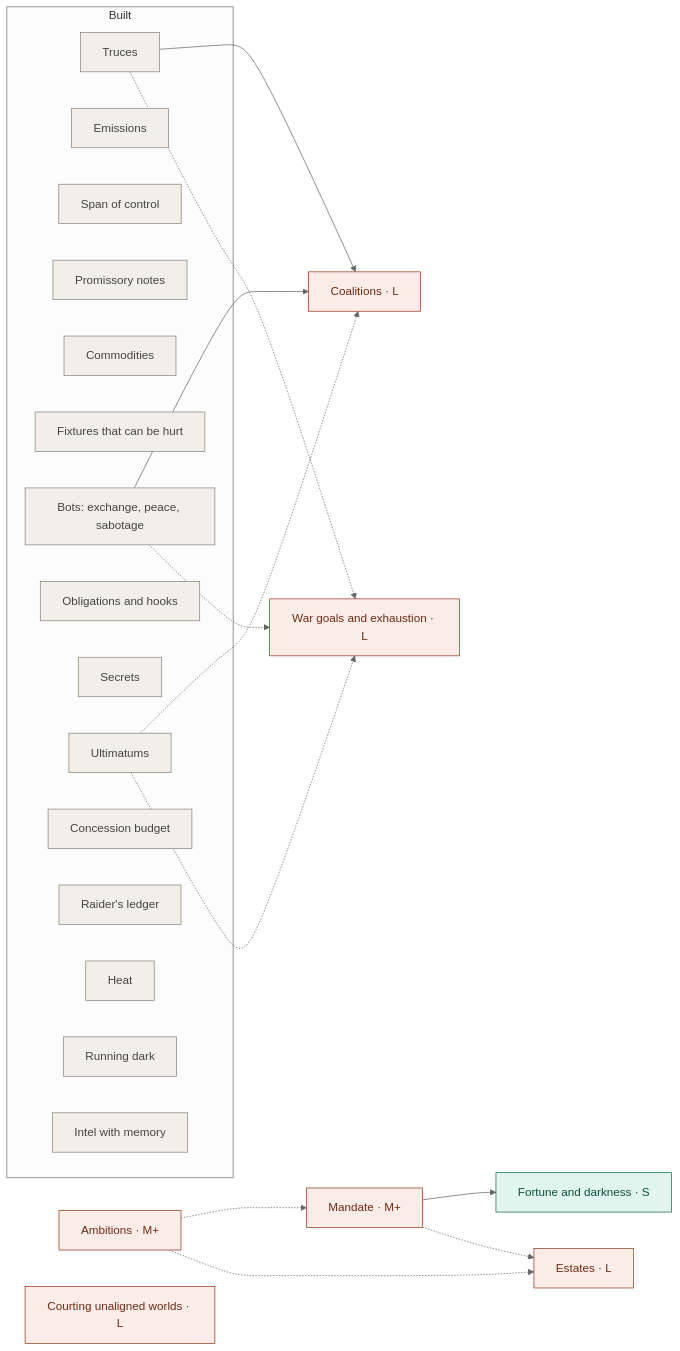
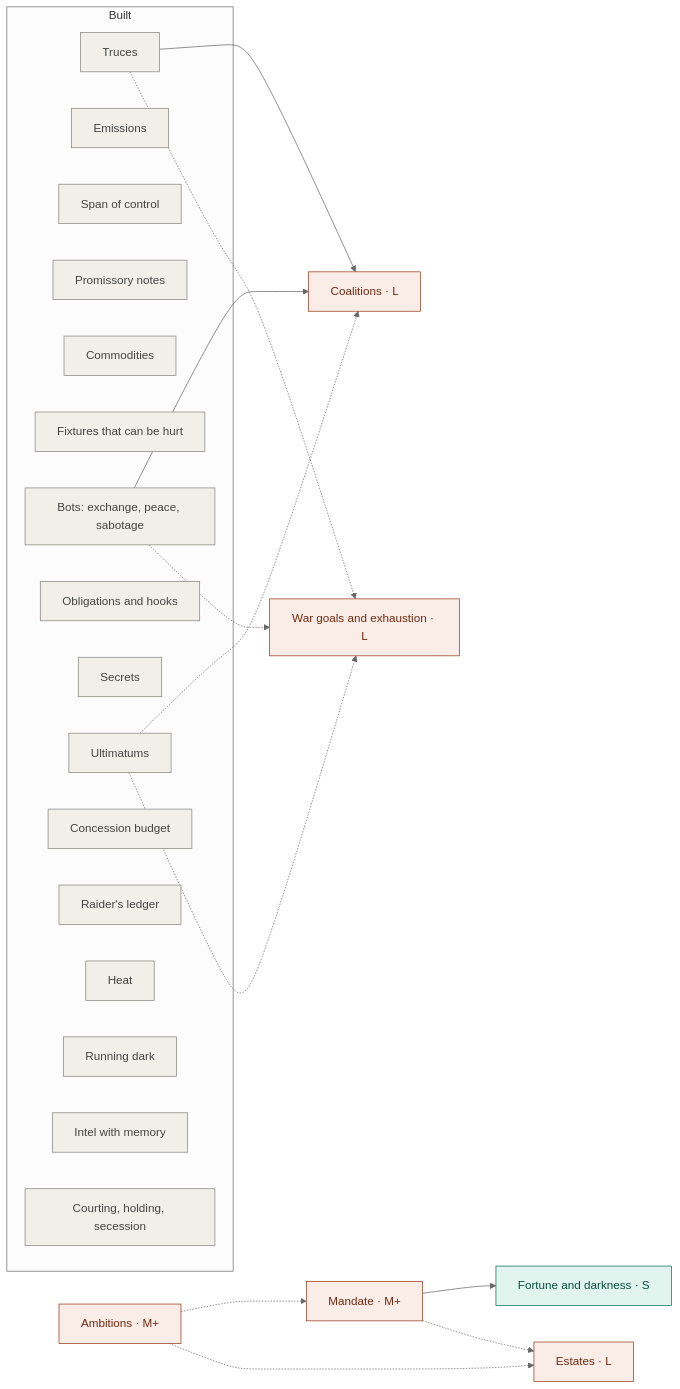
Before and after one commit to 1adityashetty1/paxgalactica: the diagram in docs/brainstorm-2026-10-02.md, drawn with Mermaid (neutral theme). The commit also changed other lines of this file and 17 other files, not shown here.

````diff
--- a/docs/brainstorm-2026-10-02.md
+++ b/docs/brainstorm-2026-10-02.md
@@ -624,35 +623,35 @@
 ```mermaid
 flowchart LR
   classDef light fill:#E1F5EE,stroke:#0F6E56,color:#085041
   classDef heavy fill:#FAECE7,stroke:#993C1D,color:#712B13
   classDef done fill:#F1EFE8,stroke:#888780,color:#444441
 
   subgraph built["Built"]
     truces["Truces"]:::done
     emissions["Emissions"]:::done
     span["Span of control"]:::done
     notes["Promissory notes"]:::done
     commodities["Commodities"]:::done
     fixtures["Fixtures that can be hurt"]:::done
     accords["Bots: exchange, peace, sabotage"]:::done
     obligations["Obligations and hooks"]:::done
     secrets["Secrets"]:::done
     ultimatums["Ultimatums"]:::done
     concession["Concession budget"]:::done
     ledger["Raider's ledger"]:::done
     heat["Heat"]:::done
     dark["Running dark"]:::done
     intel["Intel with memory"]:::done
+    courting["Courting, holding, secession"]:::done
   end
 
   truces --> coalitions["Coalitions · L"]:::heavy
   accords --> coalitions
   ultimatums -.-> coalitions
   truces -.-> wargoals["War goals and exhaustion · L"]:::heavy
   accords -.-> wargoals
   ultimatums -.-> wargoals
   ambitions["Ambitions · M+"]:::heavy -.-> mandate["Mandate · M+"]:::heavy --> fortune["Fortune and darkness · S"]:::light
   ambitions -.-> estates["Estates · L"]:::heavy
   mandate -.-> estates
-  courting["Courting unaligned worlds · L"]:::heavy
 ```
````
